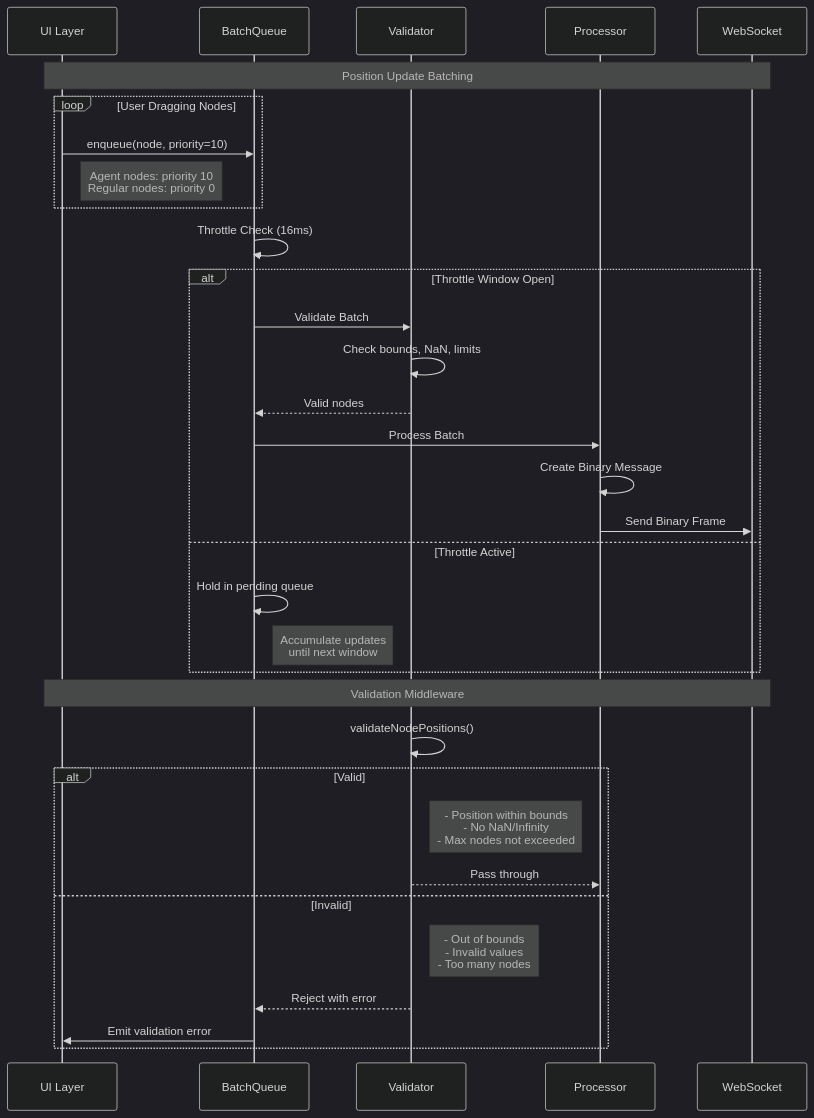
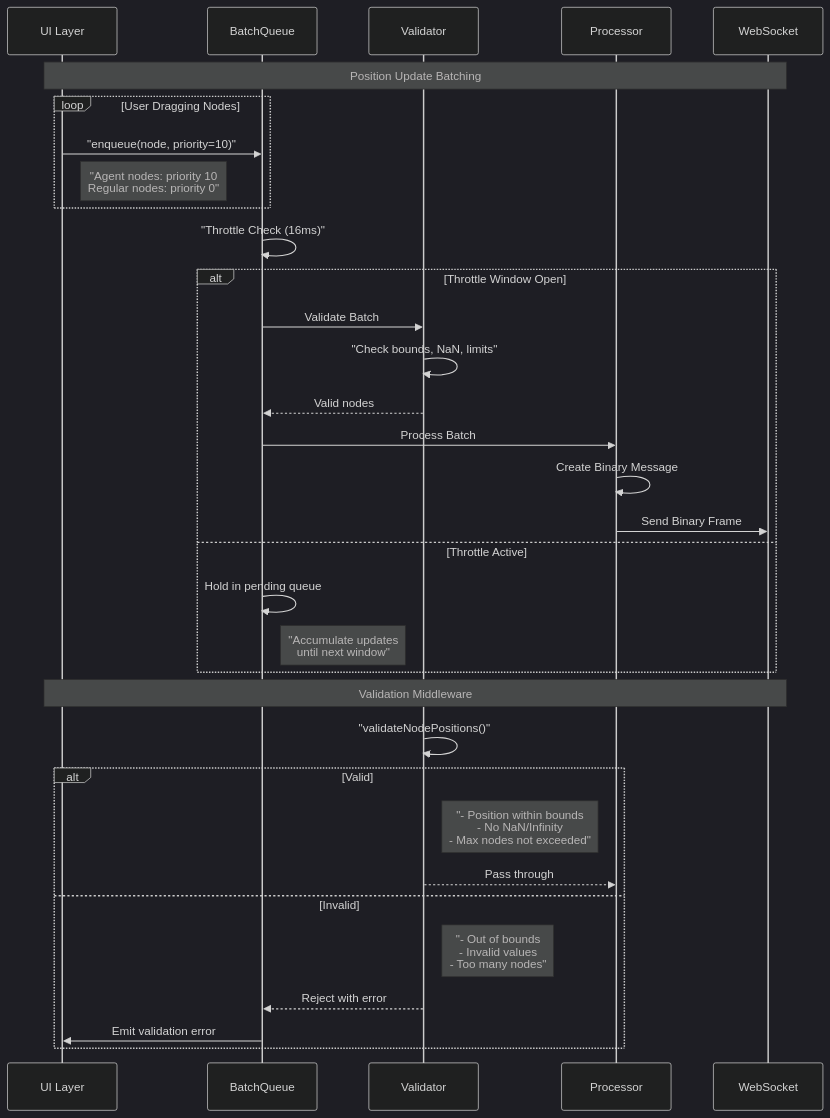
Before and after one commit to DreamLab-AI/VisionFlow: diagram 11 of 19 in docs/diagrams/infrastructure/websocket/binary-protocol-complete.md, drawn with Mermaid (dark theme). The commit also changed other lines of this file and 39 other files, not shown here.

````diff
--- a/docs/diagrams/infrastructure/websocket/binary-protocol-complete.md
+++ b/docs/diagrams/infrastructure/websocket/binary-protocol-complete.md
@@ -850,43 +850,43 @@
 ```mermaid
 sequenceDiagram
     participant UI as UI Layer
     participant Q as BatchQueue
     participant V as Validator
     participant P as Processor
     participant WS as WebSocket
 
     Note over UI,WS: Position Update Batching
 
     loop User Dragging Nodes
-        UI->>Q: enqueue(node, priority=10)
-        Note right of UI: Agent nodes: priority 10<br/>Regular nodes: priority 0
+        UI->>Q: "enqueue(node, priority=10)"
+        Note right of UI: "Agent nodes: priority 10<br/>Regular nodes: priority 0"
     end
 
-    Q->>Q: Throttle Check (16ms)
+    Q->>Q: "Throttle Check (16ms)"
 
     alt Throttle Window Open
         Q->>V: Validate Batch
-        V->>V: Check bounds, NaN, limits
+        V->>V: "Check bounds, NaN, limits"
         V-->>Q: Valid nodes
 
         Q->>P: Process Batch
         P->>P: Create Binary Message
         P->>WS: Send Binary Frame
     else Throttle Active
         Q->>Q: Hold in pending queue
-        Note right of Q: Accumulate updates<br/>until next window
+        Note right of Q: "Accumulate updates<br/>until next window"
     end
 
     Note over UI,WS: Validation Middleware
 
-    V->>V: validateNodePositions()
+    V->>V: "validateNodePositions()"
 
     alt Valid
-        Note right of V: - Position within bounds<br/>- No NaN/Infinity<br/>- Max nodes not exceeded
+        Note right of V: "- Position within bounds<br/>- No NaN/Infinity<br/>- Max nodes not exceeded"
         V-->>P: Pass through
     else Invalid
-        Note right of V: - Out of bounds<br/>- Invalid values<br/>- Too many nodes
+        Note right of V: "- Out of bounds<br/>- Invalid values<br/>- Too many nodes"
         V-->>Q: Reject with error
         Q->>UI: Emit validation error
     end
 ```
````
